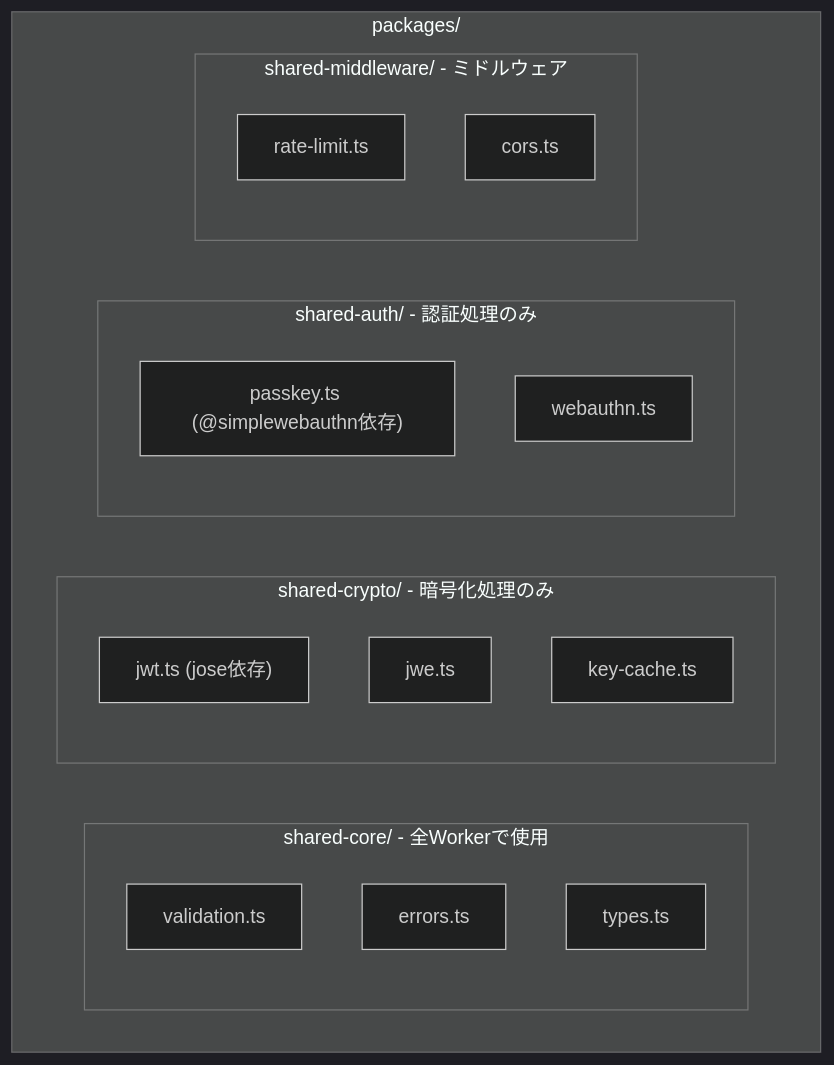
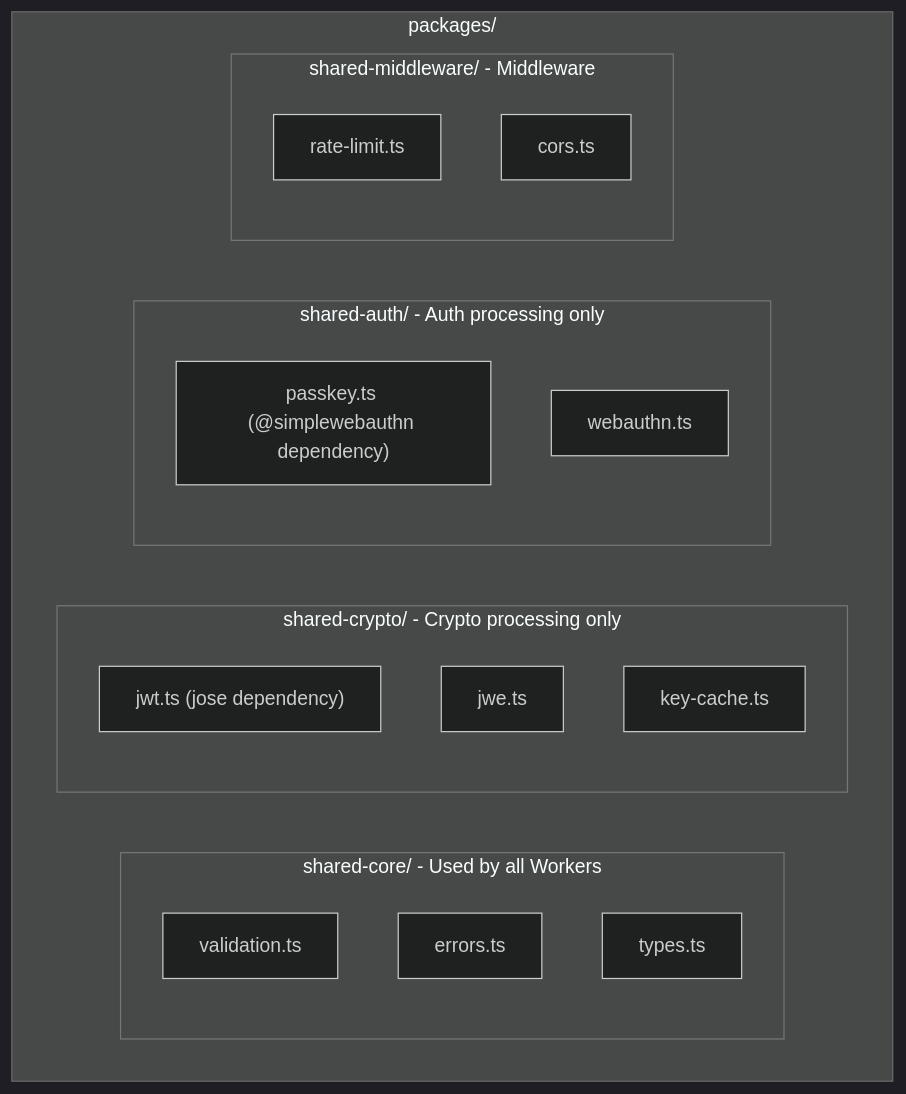
One commit to sgrastar/authrim changed the first of 3 diagrams in docs/WORKER_SPLITTING_STRATEGY.md. Above: the diagram before and after it, drawn with Mermaid (dark theme). The commit also changed other lines of this file and 23 other files, not shown here.

First line of the commit message:
docs: Translate all Japanese documentation to English and convert ASCII diagrams to Mermaid

````diff
--- a/docs/WORKER_SPLITTING_STRATEGY.md
+++ b/docs/WORKER_SPLITTING_STRATEGY.md
@@ -48,23 +48,23 @@
 ```mermaid
 graph TB
     subgraph packages["packages/"]
-        subgraph core["shared-core/ - 全Workerで使用"]
+        subgraph core["shared-core/ - Used by all Workers"]
             C1["validation.ts"]
             C2["errors.ts"]
             C3["types.ts"]
         end
-        subgraph crypto["shared-crypto/ - 暗号化処理のみ"]
-            CR1["jwt.ts (jose依存)"]
+        subgraph crypto["shared-crypto/ - Crypto processing only"]
+            CR1["jwt.ts (jose dependency)"]
             CR2["jwe.ts"]
             CR3["key-cache.ts"]
         end
-        subgraph auth["shared-auth/ - 認証処理のみ"]
-            A1["passkey.ts (@simplewebauthn依存)"]
+        subgraph auth["shared-auth/ - Auth processing only"]
+            A1["passkey.ts (@simplewebauthn dependency)"]
             A2["webauthn.ts"]
         end
-        subgraph middleware["shared-middleware/ - ミドルウェア"]
+        subgraph middleware["shared-middleware/ - Middleware"]
             M1["rate-limit.ts"]
             M2["cors.ts"]
         end
     end
 ```
````
